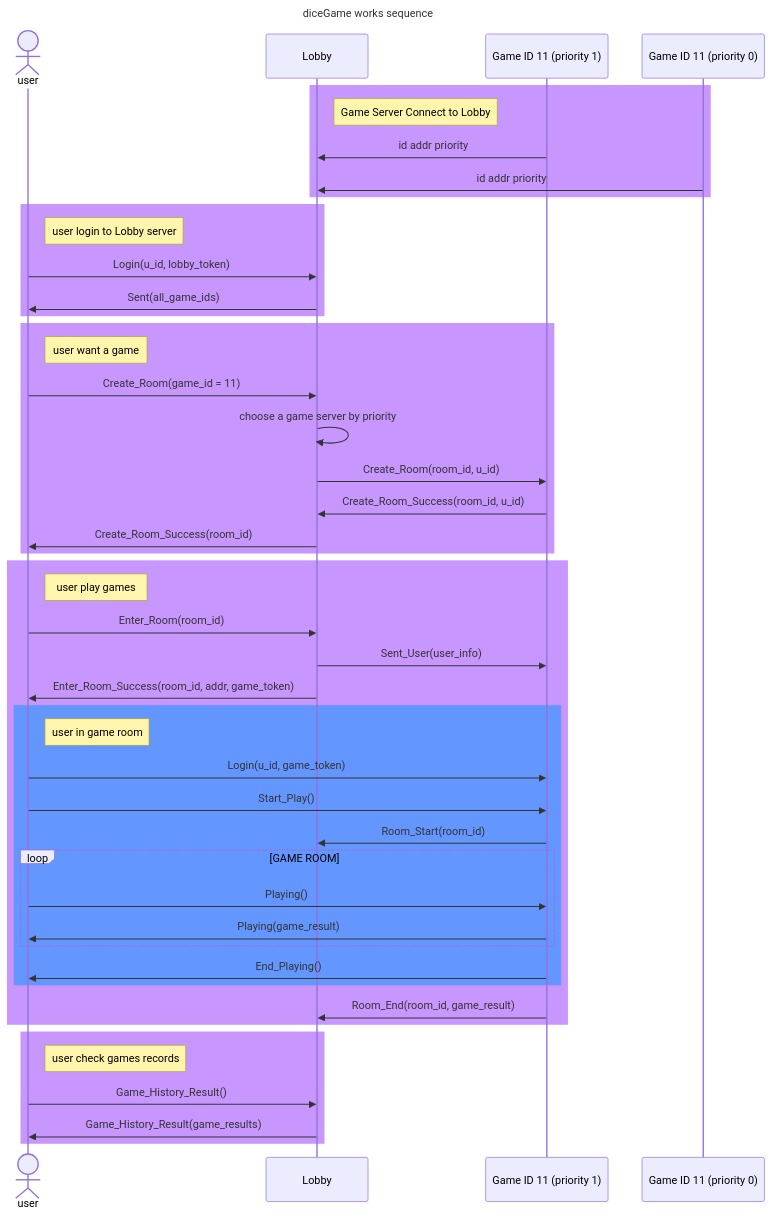
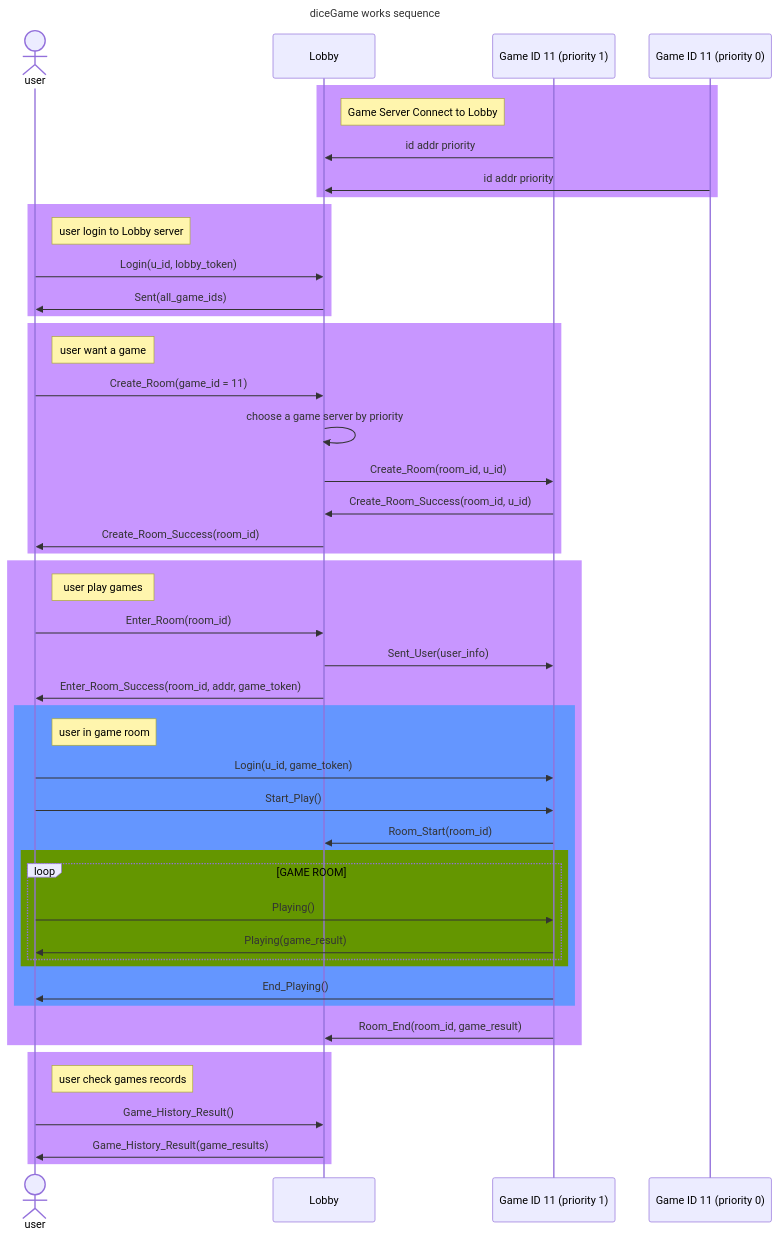
One commit to Junyang-Liu/diceGame changed the second of 2 diagrams in README.md. Above: the diagram before and after it, drawn with Mermaid. The commit also changed other lines of this file and 6 other files, not shown here.

````diff
--- a/README.md
+++ b/README.md
@@ -201,63 +216,66 @@
 ```mermaid
 ---
 title: diceGame works sequence
 ---
 sequenceDiagram
     actor U as user
     %% participant D as DC
     participant L as Lobby
     participant G as Game ID 11 (priority 1)
     participant GL as Game ID 11 (priority 0)
 
     rect rgb(200, 150, 255)
         note right of L: Game Server Connect to Lobby
         G->>L: id addr priority
         GL->>L: id addr priority
     end
 
     rect rgb(200, 150, 255)
         note right of U: user login to Lobby server
         %% U->>D: Login(u_id)
         %% D->>U: Sent(lobby_token)
         U->>L: Login(u_id, lobby_token)
         L->>U: Sent(all_game_ids)
     end
 
     rect rgb(200, 150, 255)
         note right of U: user want a game
         U->>L: Create_Room(game_id = 11)
         L->>L: choose a game server by priority
         L->>G: Create_Room(room_id, u_id)
         G->>L: Create_Room_Success(room_id, u_id)
         L->>U: Create_Room_Success(room_id)
     end
 
     rect rgb(200, 150, 255)
         note right of U: user play games
         U->>L: Enter_Room(room_id)
         L->>G: Sent_User(user_info)
         L->>U: Enter_Room_Success(room_id, addr, game_token)
 
         rect rgb(100, 150, 255)
             note right of U: user in game room
             U->>G: Login(u_id, game_token)
             U->>G: Start_Play()
             G->>L: Room_Start(room_id)
-            loop GAME ROOM
-                U->>G: Playing()
-                G->>U: Playing(game_result)
+
+            rect rgb(100, 150, 0)
+                loop GAME ROOM
+                    U->>G: Playing()
+                    G->>U: Playing(game_result)
+                end
             end
             G->>U: End_Playing()
         end
         G->>L: Room_End(room_id, game_result)
     end
     %% rect rgb(200, 150, 255)
     %%     note right of D: game billing
     %%     L->>D: Billing(game_result)
     %% end
     rect rgb(200, 150, 255)
         note right of U: user check games records
         U->>L: Game_History_Result()
         L->>U: Game_History_Result(game_results)
     end
 ```
````
